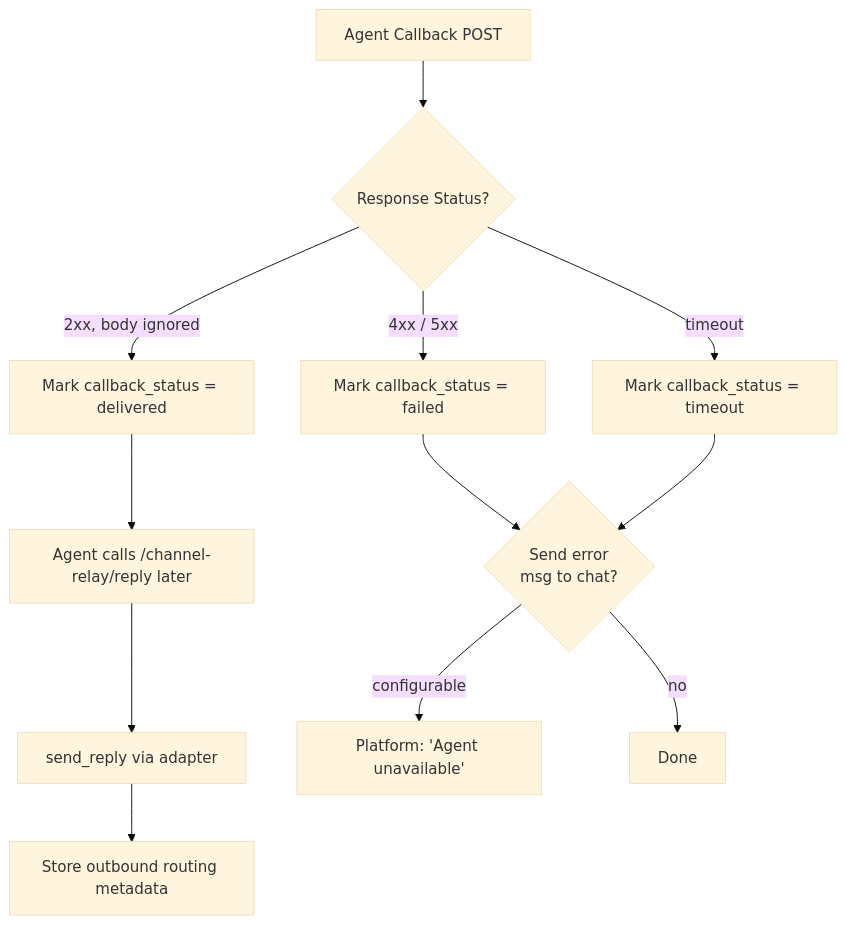
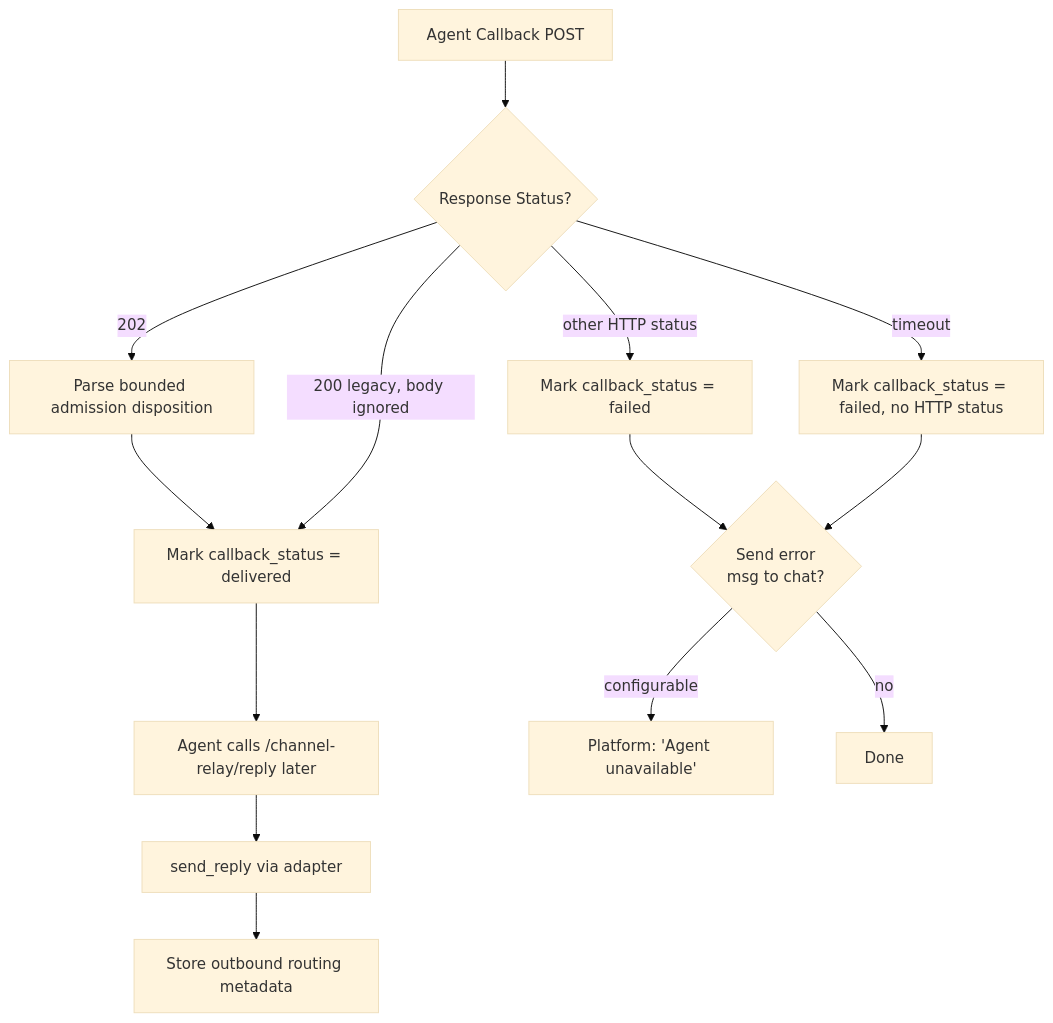
The tenth of 17 diagrams in docs/CHANNEL_BOT_RELAY.md (AbigailDeng/NyxID), drawn with Mermaid (base theme) before and after one commit. The commit also changed other lines of this file and 154 other files, not shown here.

````diff
--- a/docs/CHANNEL_BOT_RELAY.md
+++ b/docs/CHANNEL_BOT_RELAY.md
@@ -1409,17 +1465,19 @@
 ```mermaid
 flowchart TD
     CB[Agent Callback POST] --> STATUS{Response Status?}
 
-    STATUS -->|2xx, body ignored| ASYNC[Mark callback_status = delivered]
+    STATUS -->|202| DISPOSITION[Parse bounded admission disposition]
+    DISPOSITION --> ASYNC[Mark callback_status = delivered]
+    STATUS -->|200 legacy, body ignored| ASYNC
     ASYNC --> WAIT[Agent calls /channel-relay/reply later]
     WAIT --> SEND[send_reply via adapter]
     SEND --> LOG_OUT[Store outbound routing metadata]
 
-    STATUS -->|4xx / 5xx| ERR[Mark callback_status = failed]
+    STATUS -->|other HTTP status| ERR[Mark callback_status = failed]
     ERR --> OPT{Send error<br/>msg to chat?}
     OPT -->|configurable| ERRMSG[Platform: 'Agent unavailable']
     OPT -->|no| DONE[Done]
 
-    STATUS -->|timeout| TO[Mark callback_status = timeout]
+    STATUS -->|timeout| TO[Mark callback_status = failed, no HTTP status]
     TO --> OPT
 ```
````
